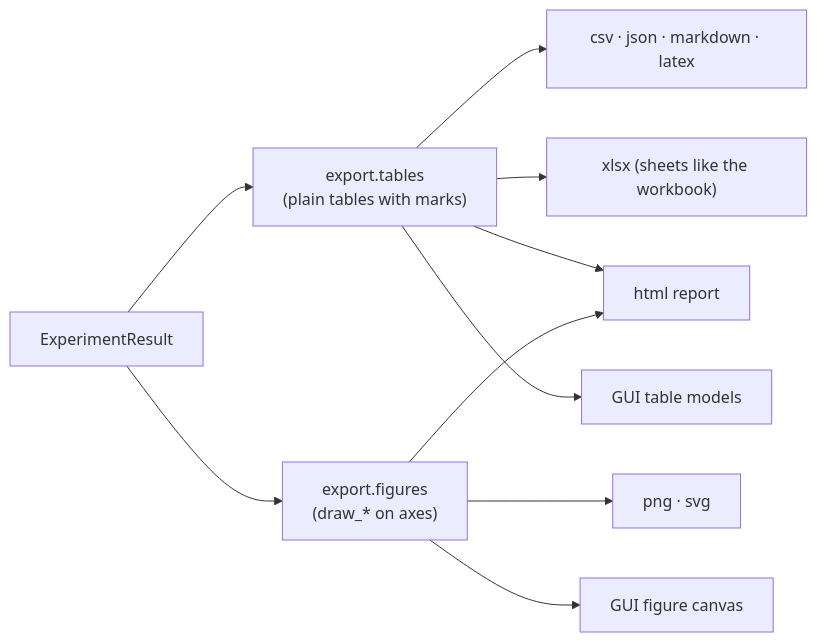
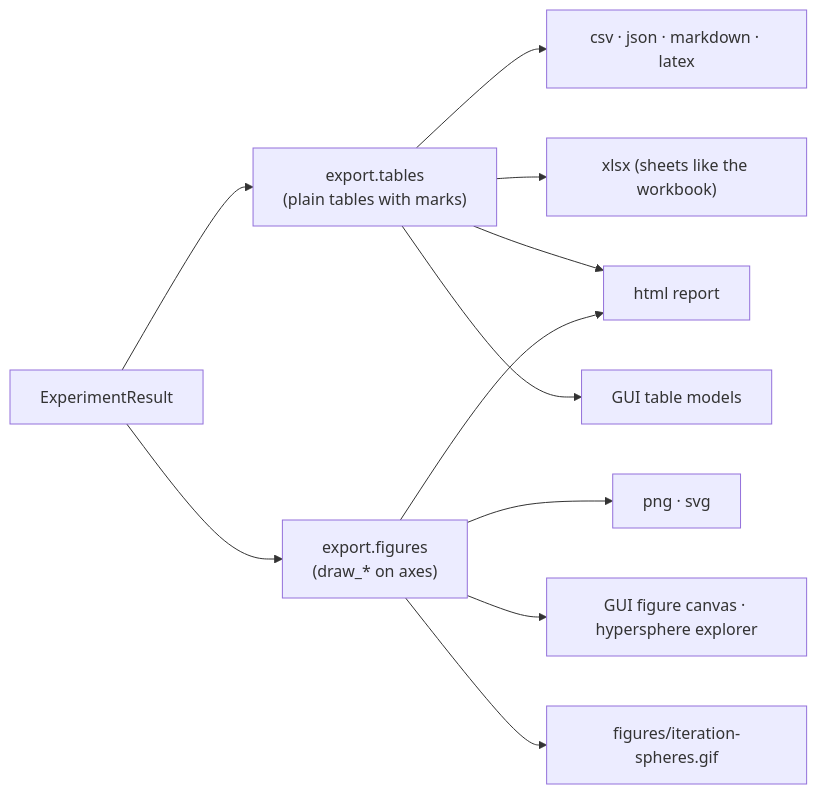
Before and after one commit to ktuhtabayev/erdr: the third of 3 diagrams in docs/architecture.md, drawn with Mermaid. The commit also changed other lines of this file and 54 other files, not shown here.

First line of the commit message:
feat: Steps 1–5 as hyperspheres — tables, figures, explorer, validation

````diff
--- a/docs/architecture.md
+++ b/docs/architecture.md
@@ -72,12 +74,13 @@
 ```mermaid
 flowchart LR
     R["ExperimentResult"] --> T["export.tables<br/>(plain tables with marks)"]
     R --> F["export.figures<br/>(draw_* on axes)"]
     T --> C["csv · json · markdown · latex"]
     T --> X["xlsx (sheets like the workbook)"]
     T --> H["html report"]
     F --> H
     F --> P["png · svg"]
     T --> G["GUI table models"]
-    F --> G2["GUI figure canvas"]
+    F --> G2["GUI figure canvas · hypersphere explorer"]
+    F --> A["figures/iteration-spheres.gif"]
 ```
````
